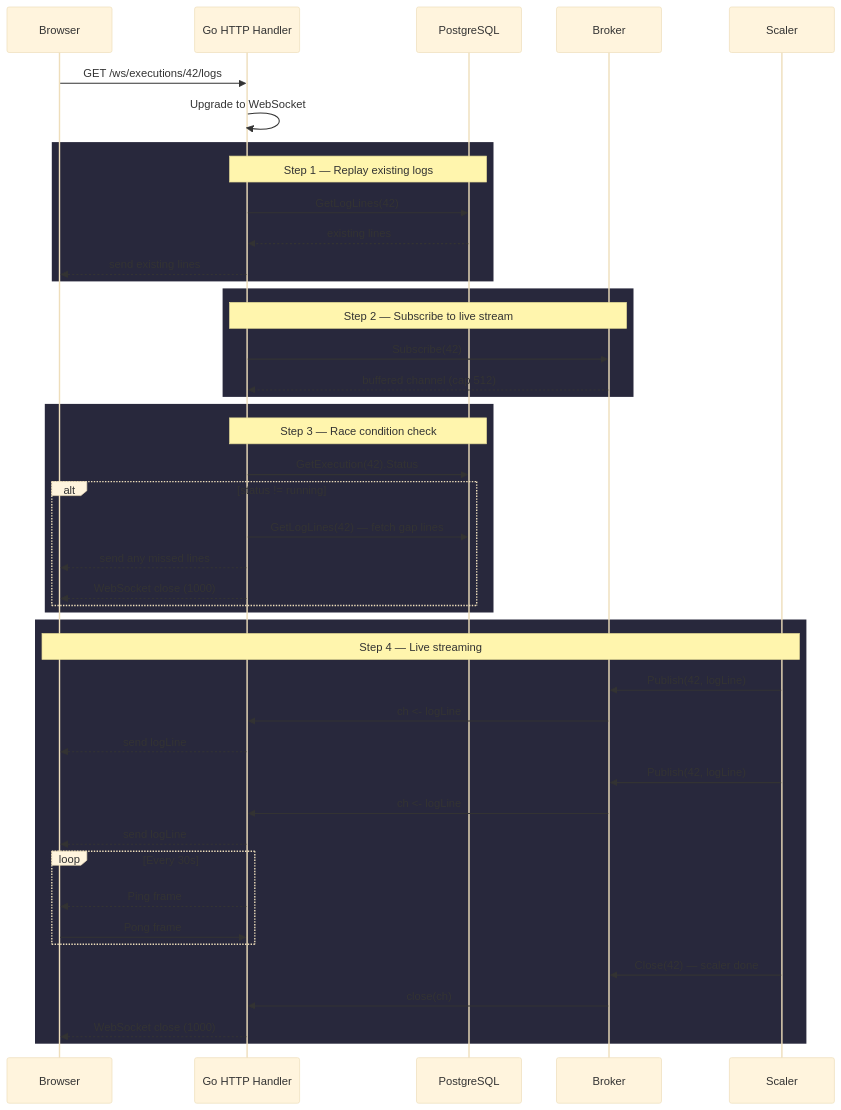
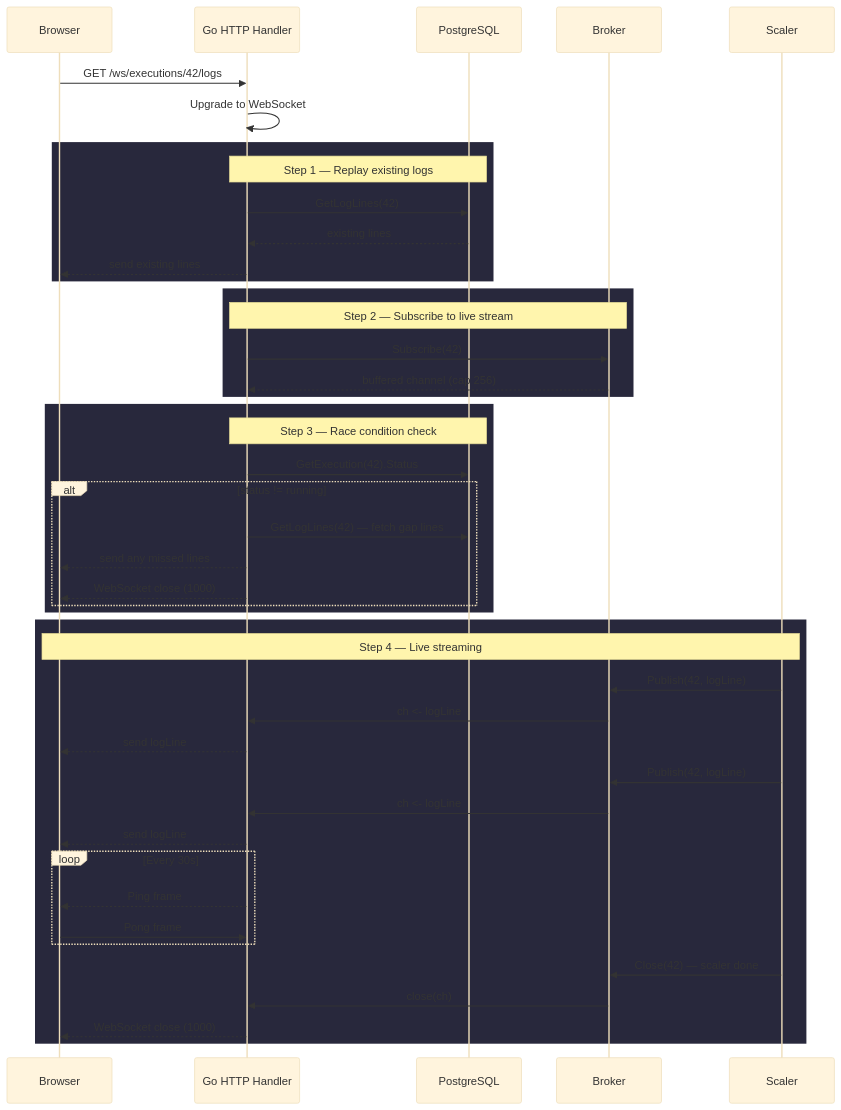
One commit to MacXsimilian/kube-phoenix changed the fourth of 8 diagrams in ARCHITECTURE.md. Above: the diagram before and after it, drawn with Mermaid (base theme). The commit also changed other lines of this file, not shown here.

First line of the commit message:
docs: fix class diagram accuracy and restore correct buffer sizes

````diff
--- a/ARCHITECTURE.md
+++ b/ARCHITECTURE.md
@@ -1588,54 +1620,54 @@
 ```mermaid
 sequenceDiagram
     participant B as Browser
     participant H as Go HTTP Handler
     participant DB as PostgreSQL
     participant Br as Broker
     participant S as Scaler
 
     B->>H: GET /ws/executions/42/logs
     H->>H: Upgrade to WebSocket
 
     rect rgb(40, 40, 60)
         Note over H,DB: Step 1 — Replay existing logs
         H->>DB: GetLogLines(42)
         DB-->>H: existing lines
         H-->>B: send existing lines
     end
 
     rect rgb(40, 40, 60)
         Note over H,Br: Step 2 — Subscribe to live stream
         H->>Br: Subscribe(42)
-        Br-->>H: buffered channel (cap 512)
+        Br-->>H: buffered channel (cap 256)
     end
 
     rect rgb(40, 40, 60)
         Note over H,DB: Step 3 — Race condition check
         H->>DB: GetExecution(42).Status
         alt status != running
             H->>DB: GetLogLines(42) — fetch gap lines
             H-->>B: send any missed lines
             H-->>B: WebSocket close (1000)
         end
     end
 
     rect rgb(40, 40, 60)
         Note over B,S: Step 4 — Live streaming
         S->>Br: Publish(42, logLine)
         Br->>H: ch <- logLine
         H-->>B: send logLine
 
         S->>Br: Publish(42, logLine)
         Br->>H: ch <- logLine
         H-->>B: send logLine
 
         loop Every 30s
             H-->>B: Ping frame
             B->>H: Pong frame
         end
 
         S->>Br: Close(42) — scaler done
         Br->>H: close(ch)
         H-->>B: WebSocket close (1000)
     end
 ```
````
